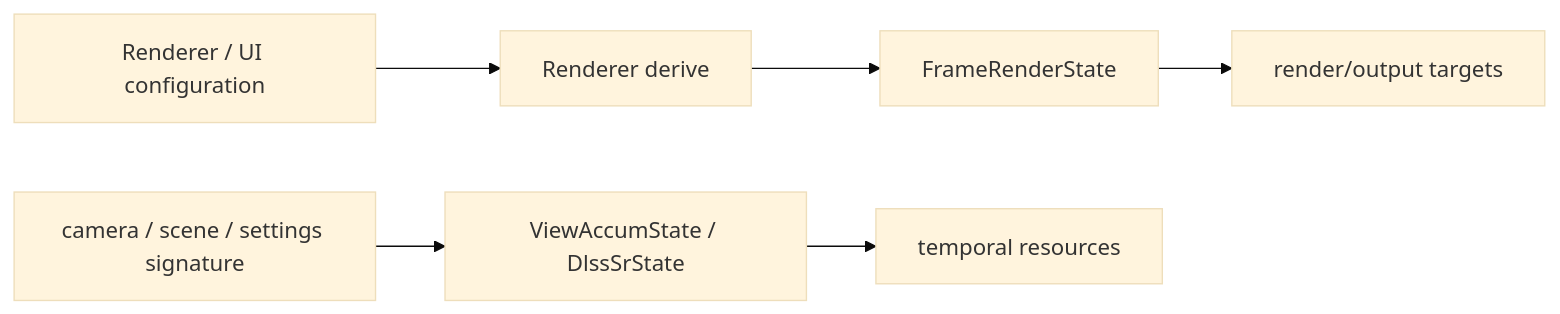
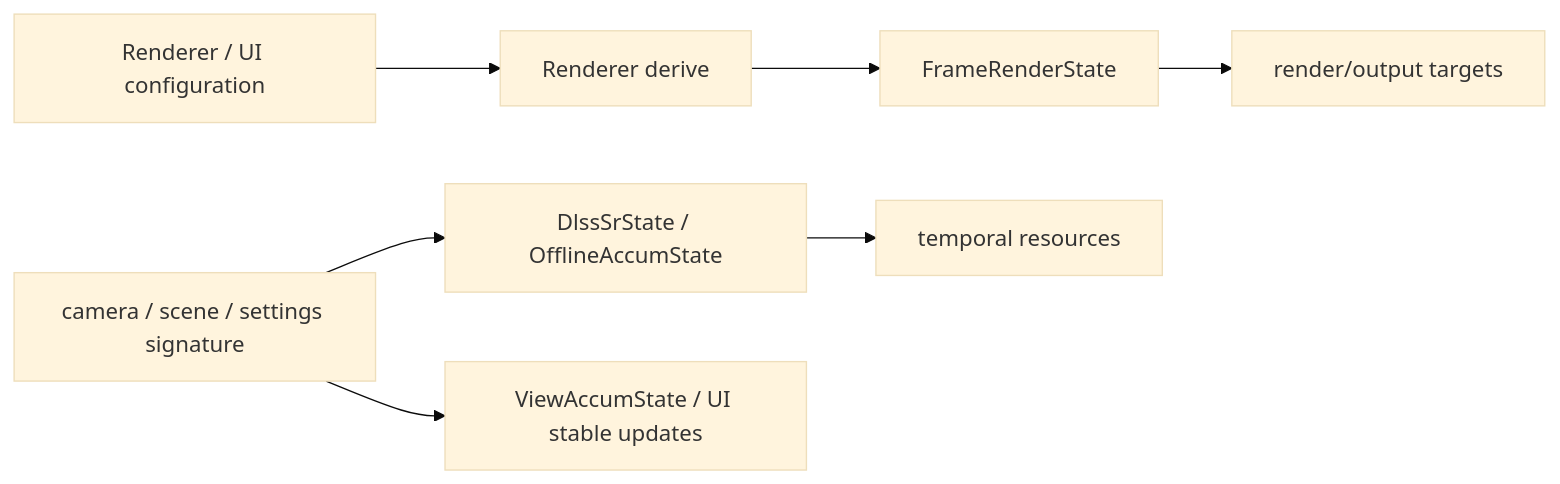
One commit to acccoco/TruvisRenderer changed the diagram in docs/design/render-configuration-and-temporal-state.md. Above: the diagram before and after it, drawn with Mermaid (base theme). The commit also changed other lines of this file and 155 other files, not shown here.

````diff
--- a/docs/design/render-configuration-and-temporal-state.md
+++ b/docs/design/render-configuration-and-temporal-state.md
@@ -7,8 +7,9 @@
 ```mermaid
 flowchart LR
     Config["Renderer / UI configuration"] --> Derive["Renderer derive"]
     Derive --> Frame["FrameRenderState"]
     Frame --> Targets["render/output targets"]
-    View["camera / scene / settings signature"] --> History["ViewAccumState / DlssSrState"]
+    View["camera / scene / settings signature"] --> History["DlssSrState / OfflineAccumState"]
+    View --> Diagnostic["ViewAccumState / UI stable updates"]
     History --> Temporal["temporal resources"]
 ```
````
